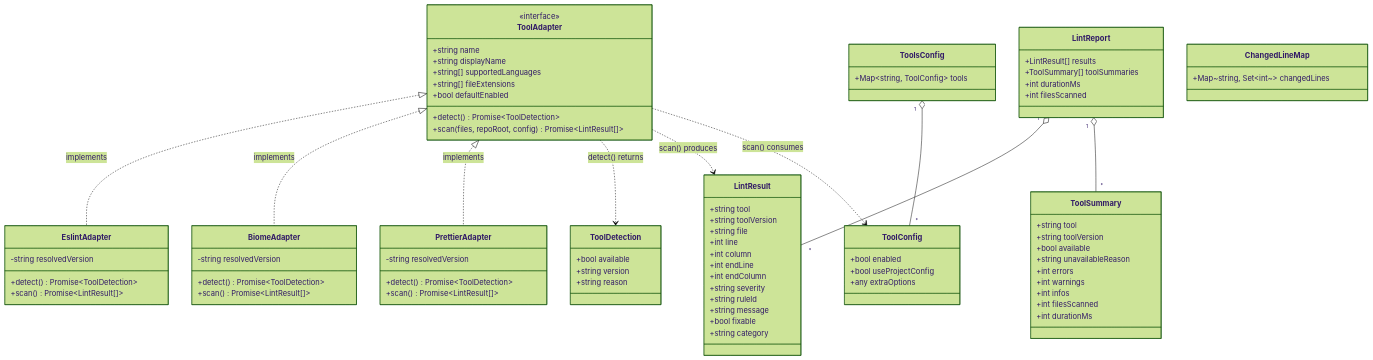
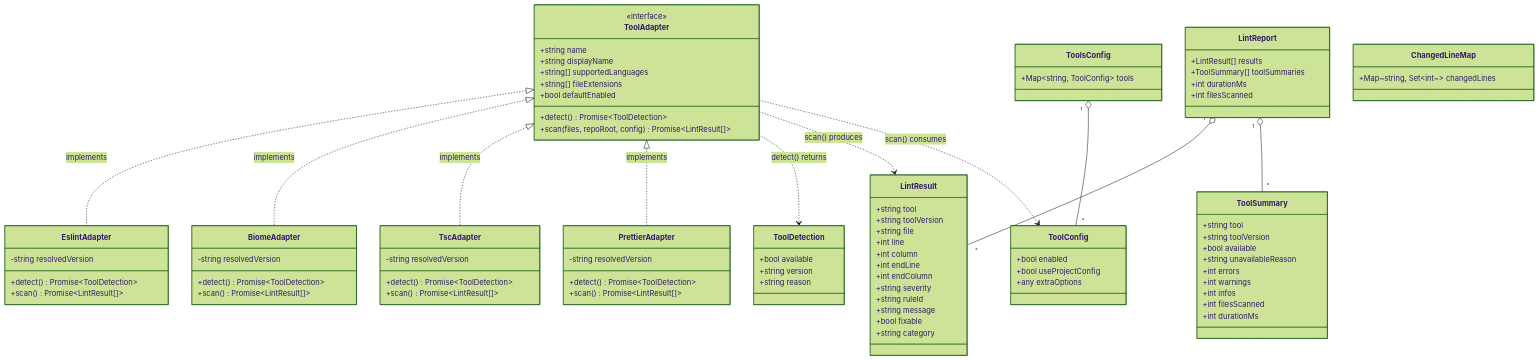
The second of 9 diagrams in docs/07-linter-sast-architecture.md (CodesSentinels/ai-reviewer), drawn with Mermaid (forest theme) before and after one commit. The commit also changed other lines of this file and 5 other files, not shown here.

```diff
--- a/docs/07-linter-sast-architecture.md
+++ b/docs/07-linter-sast-architecture.md
@@ -152,6 +153,11 @@
     +scan() Promise~LintResult[]~
   }
   class BiomeAdapter {
+    -string resolvedVersion
+    +detect() Promise~ToolDetection~
+    +scan() Promise~LintResult[]~
+  }
+  class TscAdapter {
     -string resolvedVersion
     +detect() Promise~ToolDetection~
     +scan() Promise~LintResult[]~
@@ -218,6 +224,7 @@
 
   ToolAdapter <|.. EslintAdapter   : implements
   ToolAdapter <|.. BiomeAdapter    : implements
+  ToolAdapter <|.. TscAdapter      : implements
   ToolAdapter <|.. PrettierAdapter : implements
 
   ToolAdapter ..> ToolDetection    : detect() returns
```
